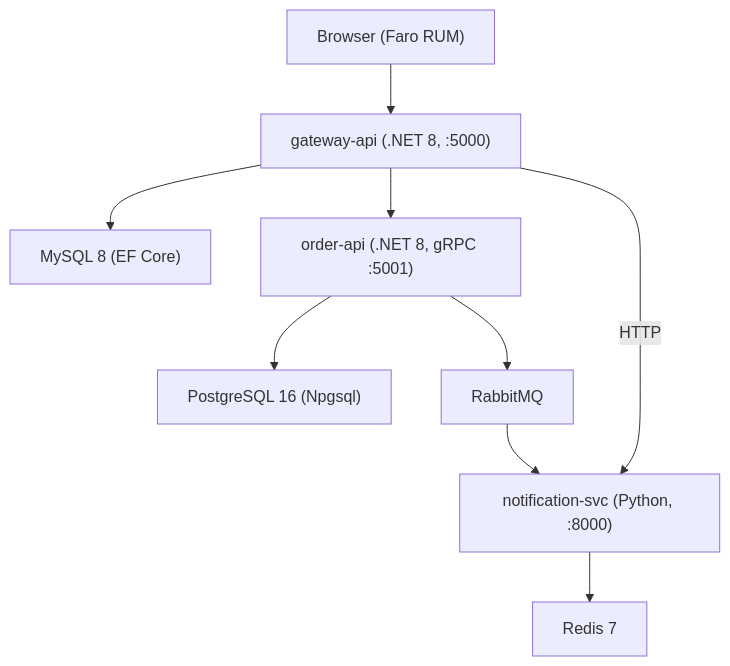
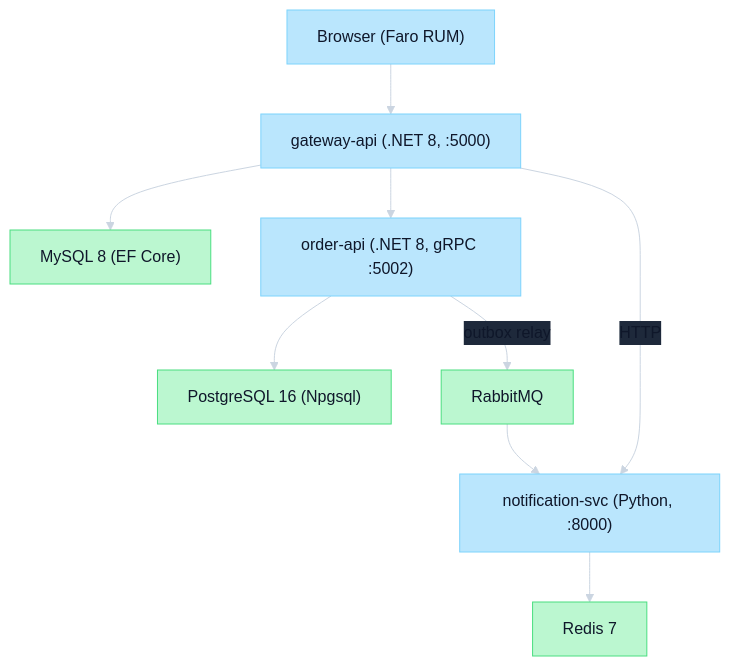
Before and after one commit to shipsolid/signal-forge: the first of 3 diagrams in README.md, drawn with Mermaid. The commit also changed other lines of this file and 26 other files, not shown here.

````diff
--- a/README.md
+++ b/README.md
@@ -50,11 +50,16 @@
 ```mermaid
+%%{init: {'theme':'base','themeVariables':{'background':'#0f172a','primaryColor':'#bae6fd','primaryTextColor':'#0f172a','primaryBorderColor':'#7dd3fc','secondaryColor':'#bbf7d0','tertiaryColor':'#fde68a','lineColor':'#cbd5e1','clusterBkg':'#1e293b','clusterBorder':'#94a3b8','titleColor':'#f8fafc','edgeLabelBackground':'#1e293b'}}}%%
 flowchart TD
     Browser["Browser (Faro RUM)"] --> Gateway["gateway-api (.NET 8, :5000)"]
     Gateway --> MySQL["MySQL 8 (EF Core)"]
-    Gateway --> OrderAPI["order-api (.NET 8, gRPC :5001)"]
+    Gateway --> OrderAPI["order-api (.NET 8, gRPC :5002)"]
     Gateway -->|HTTP| Notification["notification-svc (Python, :8000)"]
     OrderAPI --> Postgres["PostgreSQL 16 (Npgsql)"]
-    OrderAPI --> RabbitMQ["RabbitMQ"]
+    OrderAPI -->|outbox relay| RabbitMQ["RabbitMQ"]
     RabbitMQ --> Notification
     Notification --> Redis["Redis 7"]
+    classDef app fill:#bae6fd,stroke:#7dd3fc,color:#0f172a;
+    classDef data fill:#bbf7d0,stroke:#4ade80,color:#0f172a;
+    class Browser,Gateway,OrderAPI,Notification app;
+    class MySQL,Postgres,RabbitMQ,Redis data;
 ```
````
